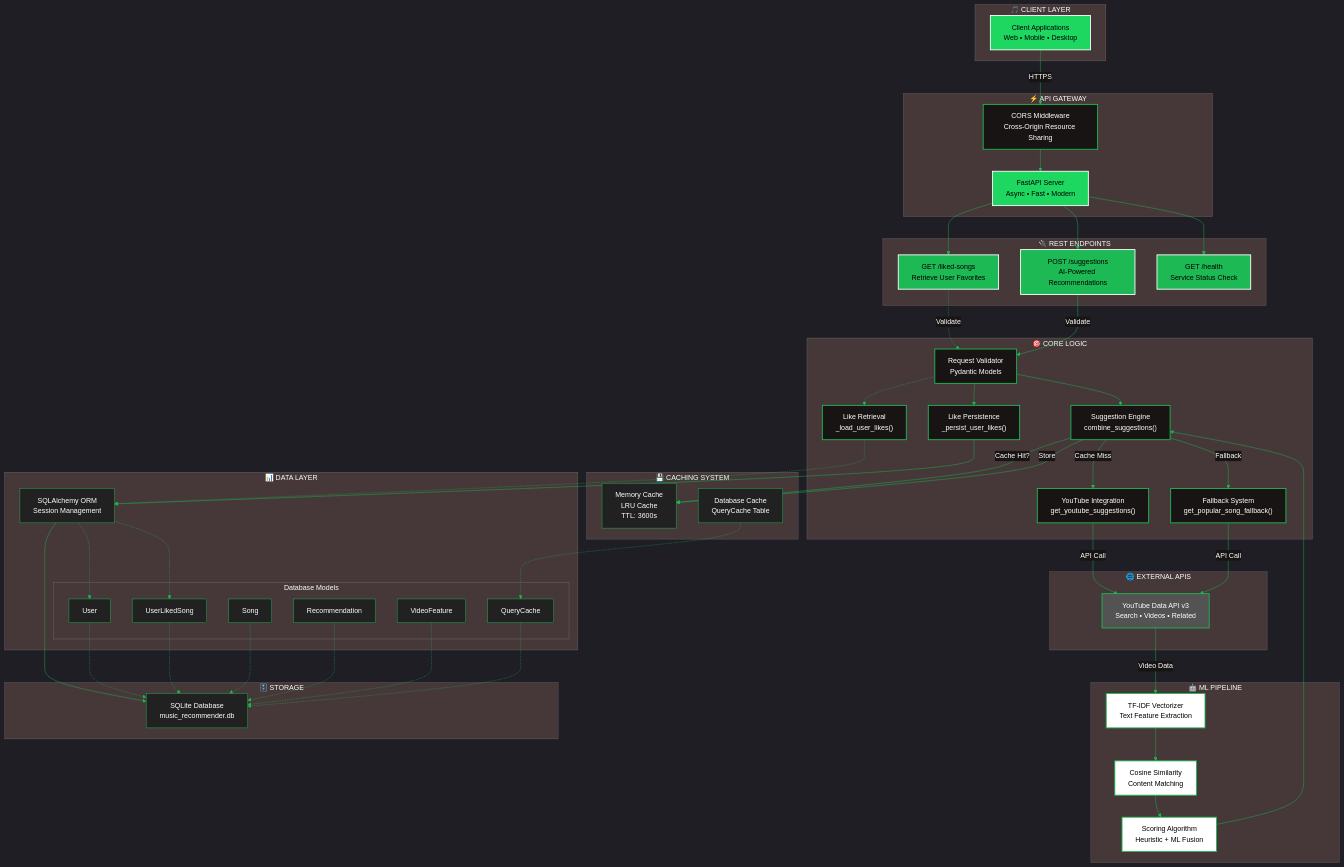
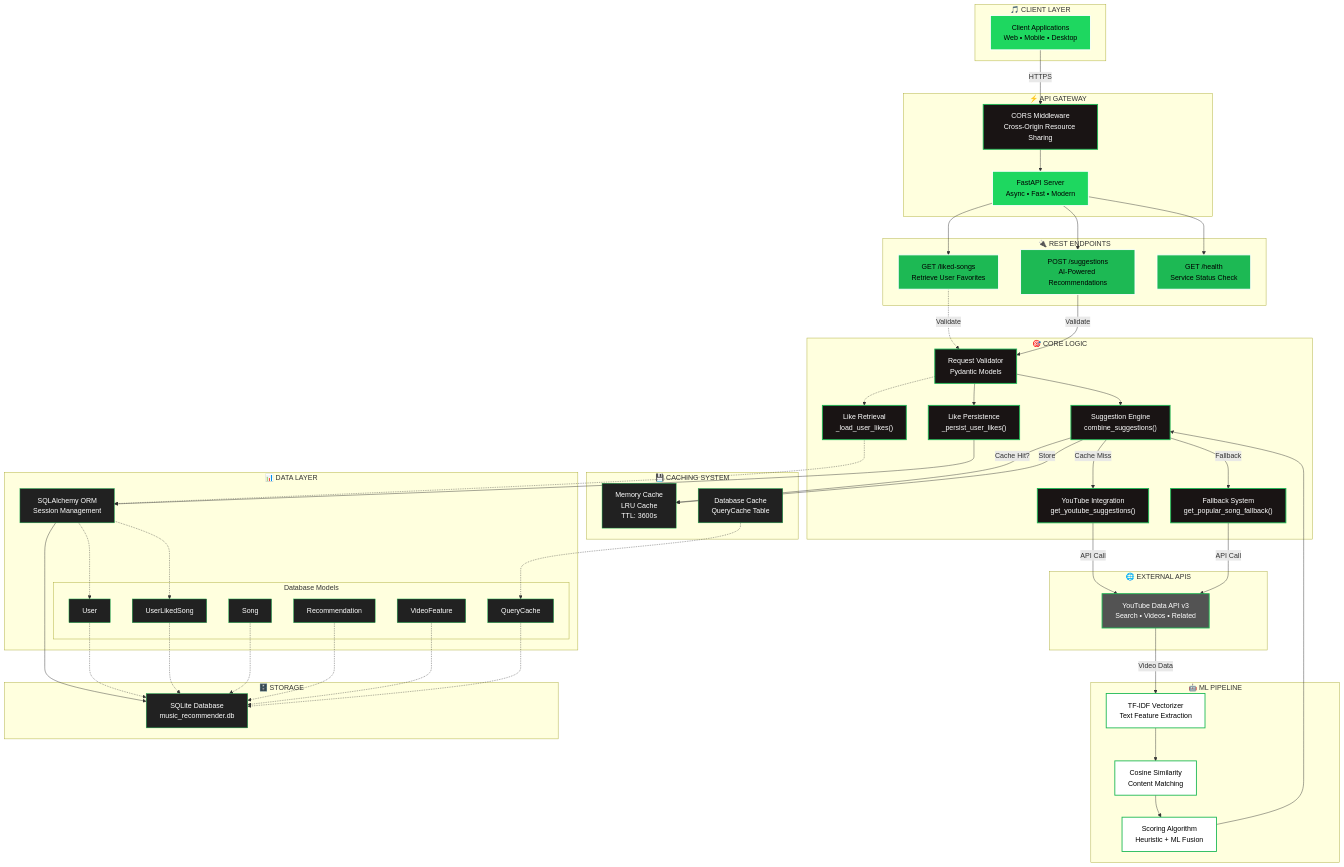
One commit to Agrannya-Singh/song_suggest_microservice changed the diagram in README.md. Above: the diagram before and after it, drawn with Mermaid.

````diff
--- a/README.md
+++ b/README.md
@@ -90,5 +90,5 @@
 ```mermaid
-%%{init: {"theme":"dark","themeVariables":{"primaryColor":"#1DB954","primaryTextColor":"#FFFFFF","primaryBorderColor":"#1DB954","lineColor":"#1DB954","secondaryColor":"#191414","tertiaryColor":"#212121","background":"#000000","mainBkg":"#191414","secondBkg":"#212121","tertiaryBkg":"#1DB954","textColor":"#FFFFFF","labelTextColor":"#FFFFFF","borderColor":"#1DB954","edgeLabelBackground":"#191414"}}}%%
+%%{init: {"theme":"light"}%%
 graph TB
   subgraph CLIENT["🎵 CLIENT LAYER"]
     Client["Client Applications\nWeb • Mobile • Desktop"]
````
